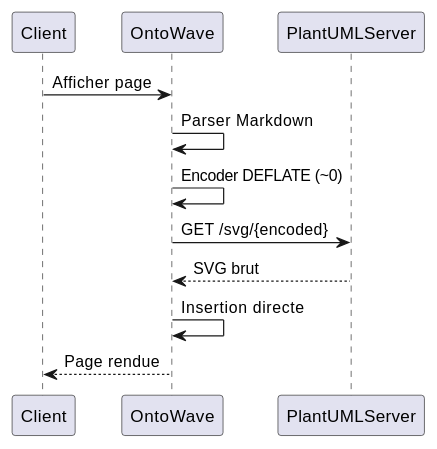
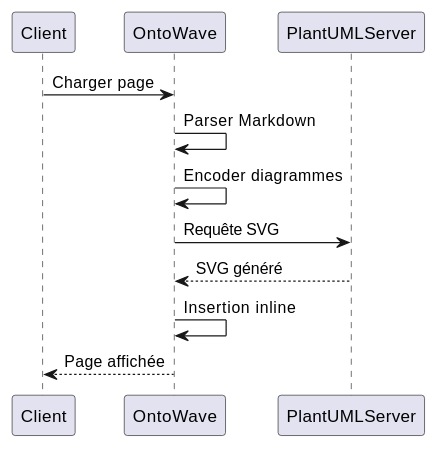
One commit to stephanedenis/OntoWave changed the third of 3 diagrams in docs/demos/test-plantuml-minimal.md. Above: the diagram before and after it, drawn with PlantUML. The commit also changed other lines of this file and 6 other files, not shown here.

````diff
--- a/docs/demos/test-plantuml-minimal.md
+++ b/docs/demos/test-plantuml-minimal.md
@@ -38,15 +40,15 @@
 ```plantuml
 @startuml
 participant Client
 participant OntoWave
 participant PlantUMLServer
 
-Client -> OntoWave: Afficher page
+Client -> OntoWave: Charger page
 OntoWave -> OntoWave: Parser Markdown
-OntoWave -> OntoWave: Encoder DEFLATE (~0)
-OntoWave -> PlantUMLServer: GET /svg/{encoded}
-PlantUMLServer --> OntoWave: SVG brut
-OntoWave -> OntoWave: Insertion directe
-OntoWave --> Client: Page rendue
+OntoWave -> OntoWave: Encoder diagrammes
+OntoWave -> PlantUMLServer: Requête SVG
+PlantUMLServer --> OntoWave: SVG généré
+OntoWave -> OntoWave: Insertion inline
+OntoWave --> Client: Page affichée
 @enduml
 ```
````
